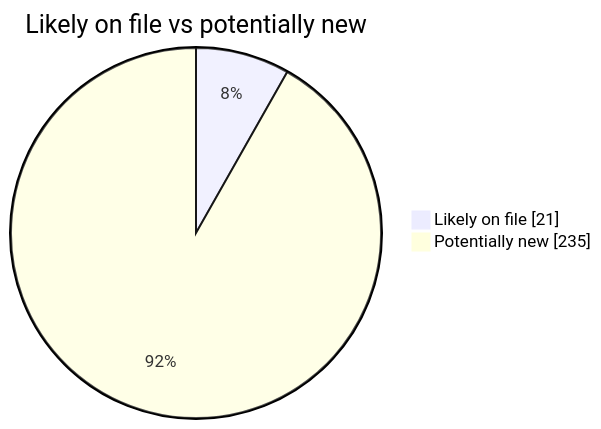
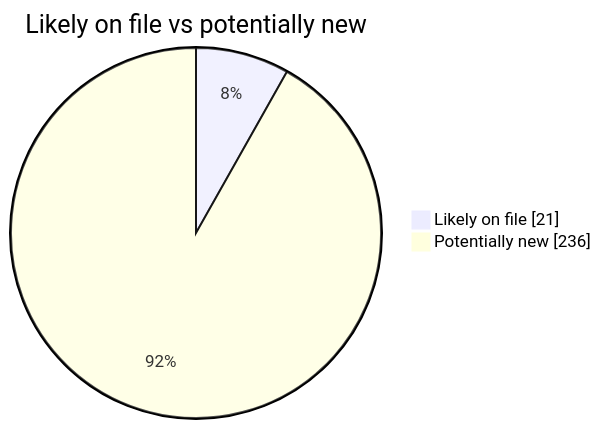
Before and after one commit to martinbalfanz/social-scanner-reports: the second of 4 diagrams in README.md, drawn with Mermaid. The commit also changed other lines of this file and 2 other files, not shown here.

````diff
--- a/README.md
+++ b/README.md
@@ -40,5 +40,5 @@
 ```mermaid
 pie showData title Likely on file vs potentially new
     "Likely on file" : 21
-    "Potentially new" : 235
+    "Potentially new" : 236
 ```
````
